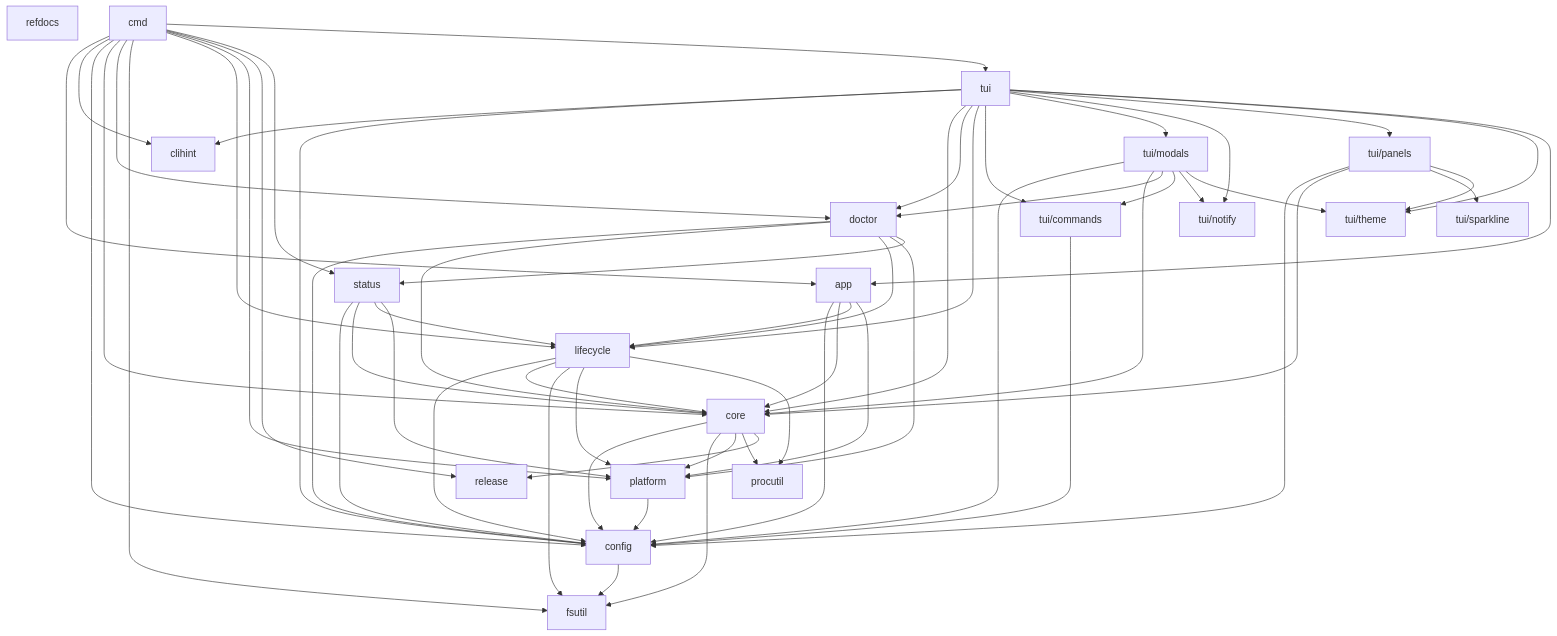
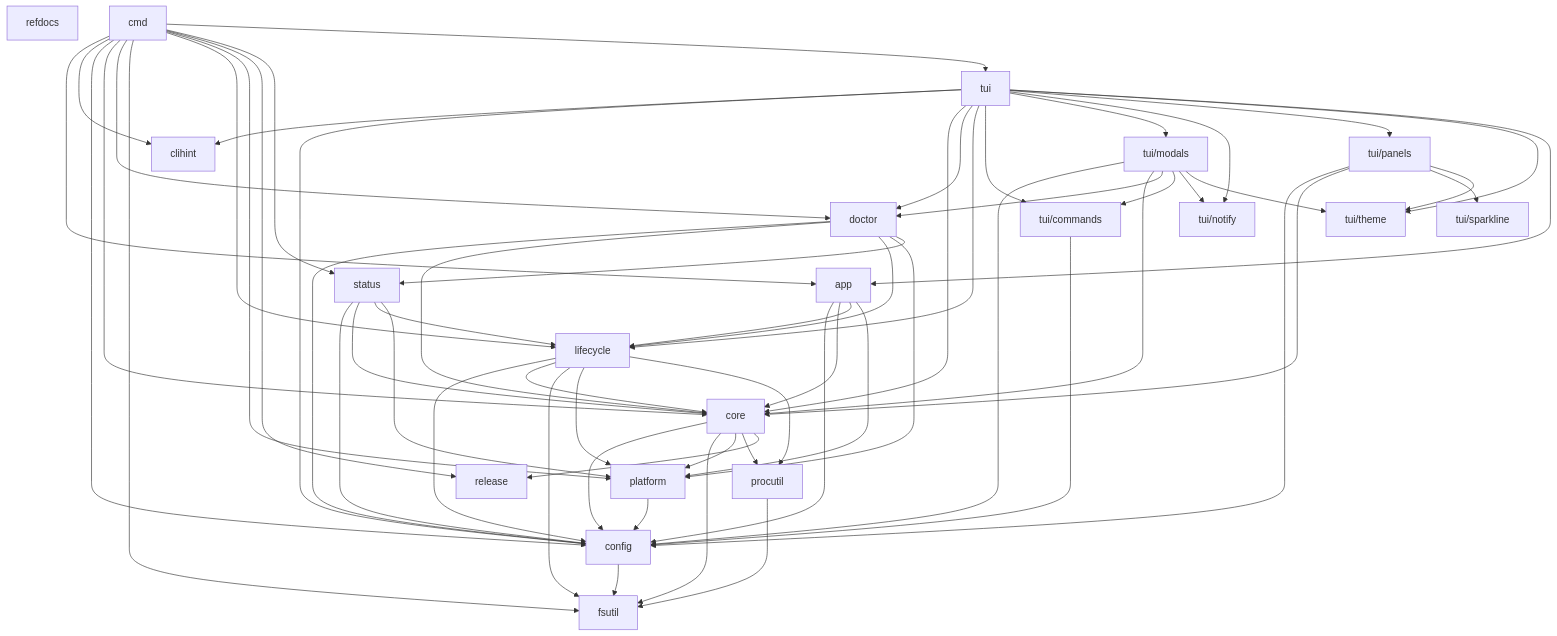
One commit to rtxnik/lazyray changed the diagram in docs/ARCHITECTURE.md. Above: the diagram before and after it, drawn with Mermaid. The commit also changed 6 other files, not shown here.

```diff
--- a/docs/ARCHITECTURE.md
+++ b/docs/ARCHITECTURE.md
@@ -359,6 +359,7 @@
 
     platform --> config
     config --> fsutil
+    procutil --> fsutil
     core --> config
     core --> fsutil
     core --> platform
```
